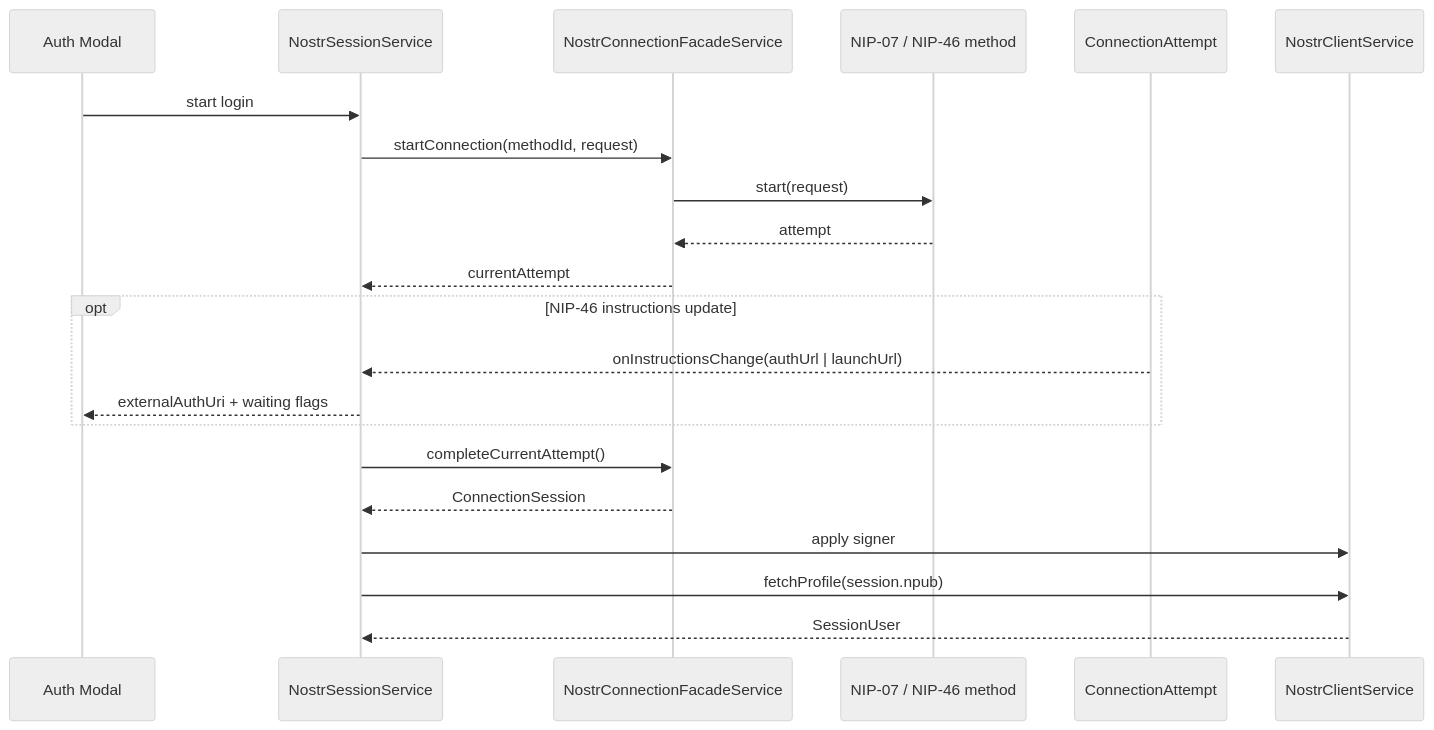
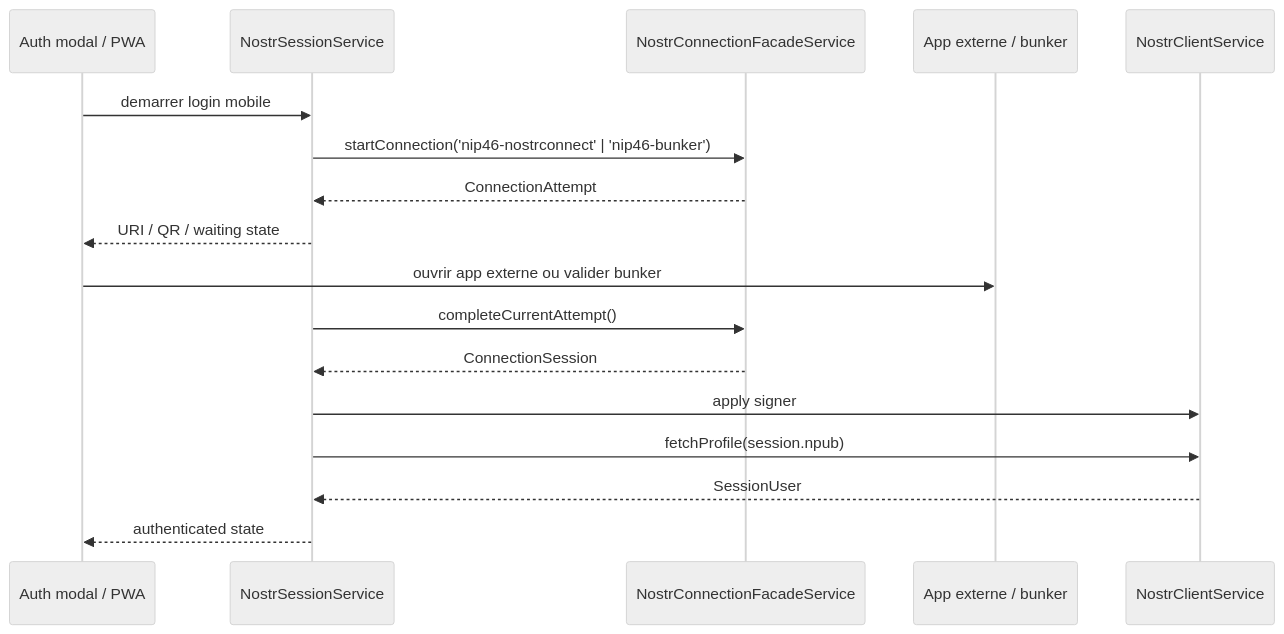
The first of 2 diagrams in src/core/nostr/README.md (maxiim3/nostr-tools-ng-app), drawn with Mermaid (neutral theme) before and after one commit. The commit also changed other lines of this file and 10 other files, not shown here.

Commit message:
feat: simplify mobile pwa auth documentation scope

````diff
--- a/src/core/nostr/README.md
+++ b/src/core/nostr/README.md
@@ -17,26 +19,20 @@
 ```mermaid
 sequenceDiagram
-  participant UI as Auth Modal
+  participant UI as Auth modal / PWA
   participant Session as NostrSessionService
   participant Facade as NostrConnectionFacadeService
-  participant Method as NIP-07 / NIP-46 method
-  participant Attempt as ConnectionAttempt
+  participant Signer as App externe / bunker
   participant Client as NostrClientService
 
-  UI->>Session: start login
-  Session->>Facade: startConnection(methodId, request)
-  Facade->>Method: start(request)
-  Method-->>Facade: attempt
-  Facade-->>Session: currentAttempt
-
-  opt NIP-46 instructions update
-    Attempt-->>Session: onInstructionsChange(authUrl | launchUrl)
-    Session-->>UI: externalAuthUri + waiting flags
-  end
-
+  UI->>Session: demarrer login mobile
+  Session->>Facade: startConnection('nip46-nostrconnect' | 'nip46-bunker')
+  Facade-->>Session: ConnectionAttempt
+  Session-->>UI: URI / QR / waiting state
+  UI->>Signer: ouvrir app externe ou valider bunker
   Session->>Facade: completeCurrentAttempt()
   Facade-->>Session: ConnectionSession
   Session->>Client: apply signer
   Session->>Client: fetchProfile(session.npub)
   Client-->>Session: SessionUser
+  Session-->>UI: authenticated state
 ```
````
